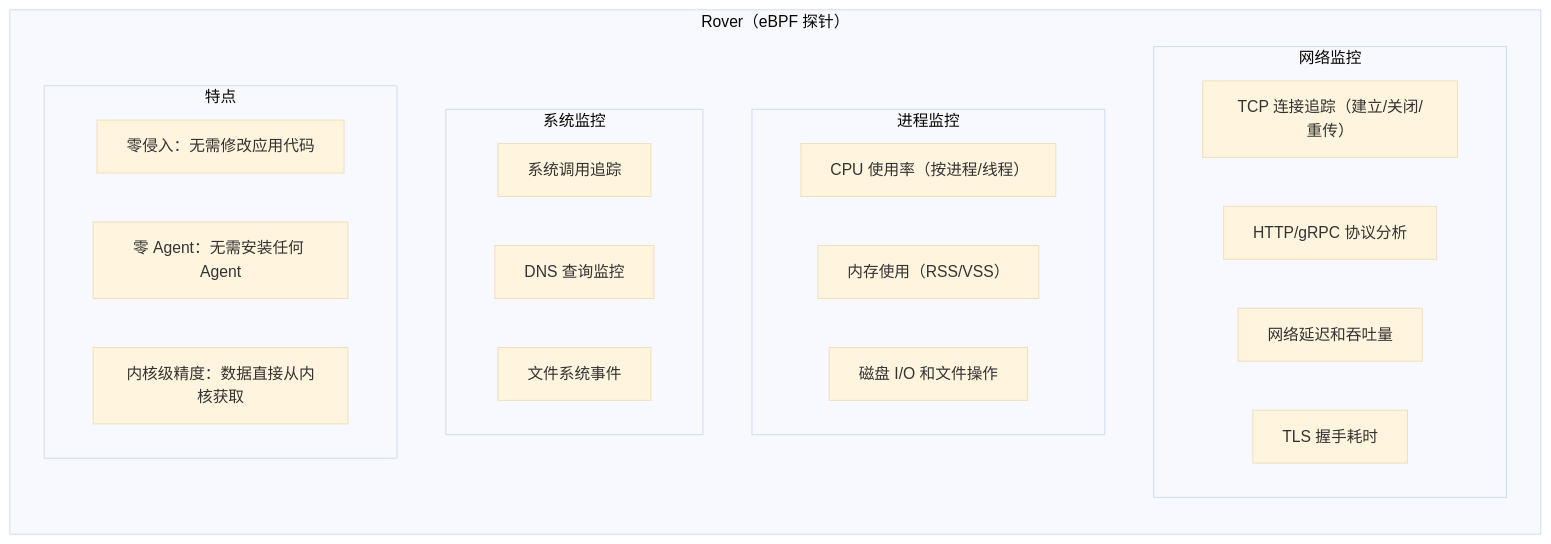
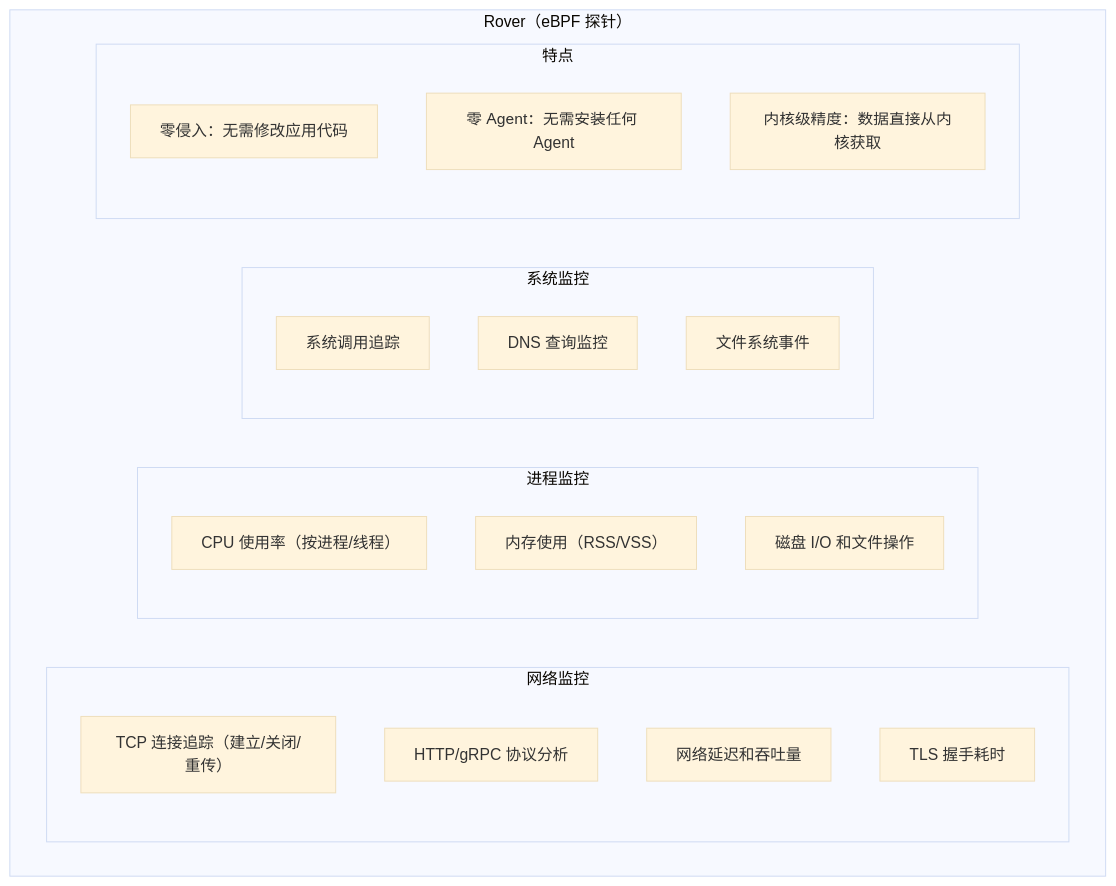
The sixth of 7 diagrams in 10-监控与可观测性/20-SkyWalking-高级特性.md (raoooooooo/java_knowledge), drawn with Mermaid (base theme) before and after one commit. The commit also changed other lines of this file and 2 other files, not shown here.

First line of the commit message:
fix(observability): 修复SkyWalking章节mermaid图表渲染兼容性问题

````diff
--- a/10-监控与可观测性/20-SkyWalking-高级特性.md
+++ b/10-监控与可观测性/20-SkyWalking-高级特性.md
@@ -250,31 +251,29 @@
 ```mermaid
 graph TD
     subgraph rover["Rover（eBPF 探针）"]
-        direction TB
-
         subgraph network["网络监控"]
             n1["TCP 连接追踪（建立/关闭/重传）"]
             n2["HTTP/gRPC 协议分析"]
             n3["网络延迟和吞吐量"]
             n4["TLS 握手耗时"]
         end
 
         subgraph process["进程监控"]
             p1["CPU 使用率（按进程/线程）"]
             p2["内存使用（RSS/VSS）"]
             p3["磁盘 I/O 和文件操作"]
         end
 
         subgraph system["系统监控"]
             s1["系统调用追踪"]
             s2["DNS 查询监控"]
             s3["文件系统事件"]
         end
 
         subgraph features["特点"]
             f1["零侵入：无需修改应用代码"]
             f2["零 Agent：无需安装任何 Agent"]
             f3["内核级精度：数据直接从内核获取"]
         end
     end
 ```
````
